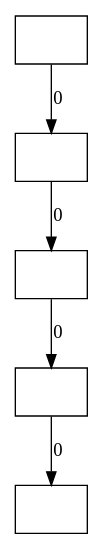
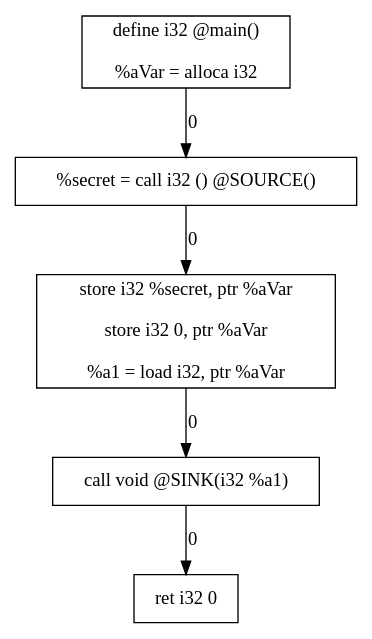
One commit to danielosw/eecs-677-project-2 changed the diagram in main.dot. Above: the diagram before and after it, drawn with Graphviz. The commit also changed 7 other files, not shown here.

```diff
--- a/main.dot
+++ b/main.dot
@@ -1,11 +1,11 @@
 digraph {
-		Node0 [shape=record,label=""]
-		Node1 [shape=record,label=""]
-		Node2 [shape=record,label=""]
-		Node3 [shape=record,label=""]
-		Node4 [shape=record,label=""]
+		Node0 [shape=record,label="define i32 @main() \n\n  %aVar = alloca i32\n"]
+		Node1 [shape=record,label="  %secret = call i32 () @SOURCE()\n"]
+		Node2 [shape=record,label="  store i32 %secret, ptr %aVar\n\n  store i32 0, ptr %aVar\n\n  %a1 = load i32, ptr %aVar\n"]
+		Node3 [shape=record,label="  call void @SINK(i32 %a1)\n"]
+		Node4 [shape=record,label="  ret i32 0\n"]
 		Node0 -> Node1 [label=0];
 		Node1 -> Node2 [label=0];
 		Node2 -> Node3 [label=0];
 		Node3 -> Node4 [label=0];
 }
```
